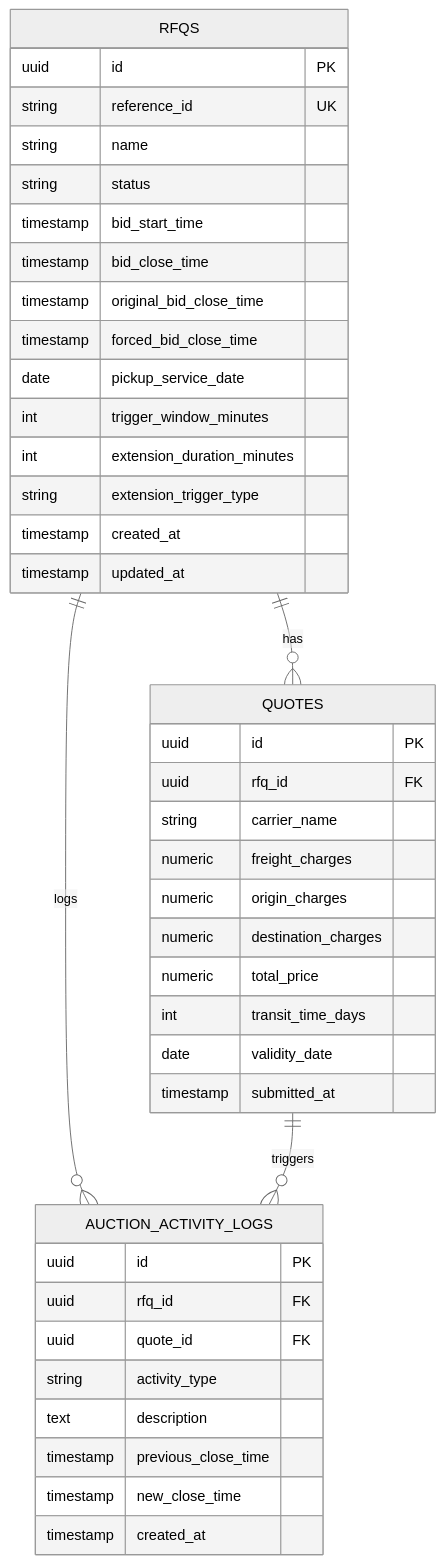
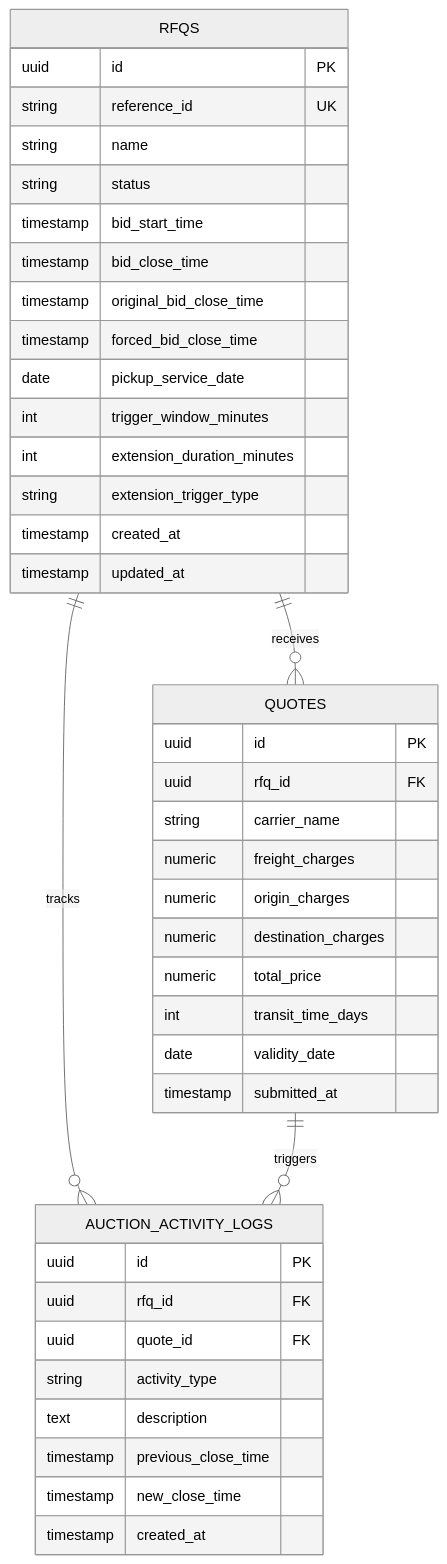
The second of 2 diagrams in README.md (NIK-llama/RFQ-Sys), drawn with Mermaid (neutral theme) before and after one commit. The commit also changed other lines of this file and 3 other files, not shown here.

````diff
--- a/README.md
+++ b/README.md
@@ -53,47 +58,47 @@
 ```mermaid
 erDiagram
-    RFQS ||--o{ QUOTES : "has"
-    RFQS ||--o{ AUCTION_ACTIVITY_LOGS : "logs"
+    RFQS ||--o{ QUOTES : "receives"
+    RFQS ||--o{ AUCTION_ACTIVITY_LOGS : "tracks"
     QUOTES ||--o{ AUCTION_ACTIVITY_LOGS : "triggers"
 
     RFQS {
         uuid id PK
         string reference_id UK
         string name
         string status
         timestamp bid_start_time
         timestamp bid_close_time
         timestamp original_bid_close_time
         timestamp forced_bid_close_time
         date pickup_service_date
         int trigger_window_minutes
         int extension_duration_minutes
         string extension_trigger_type
         timestamp created_at
         timestamp updated_at
     }
 
     QUOTES {
         uuid id PK
         uuid rfq_id FK
         string carrier_name
         numeric freight_charges
         numeric origin_charges
         numeric destination_charges
         numeric total_price
         int transit_time_days
         date validity_date
         timestamp submitted_at
     }
 
     AUCTION_ACTIVITY_LOGS {
         uuid id PK
         uuid rfq_id FK
         uuid quote_id FK
         string activity_type
         text description
         timestamp previous_close_time
         timestamp new_close_time
         timestamp created_at
     }
 ```
````
